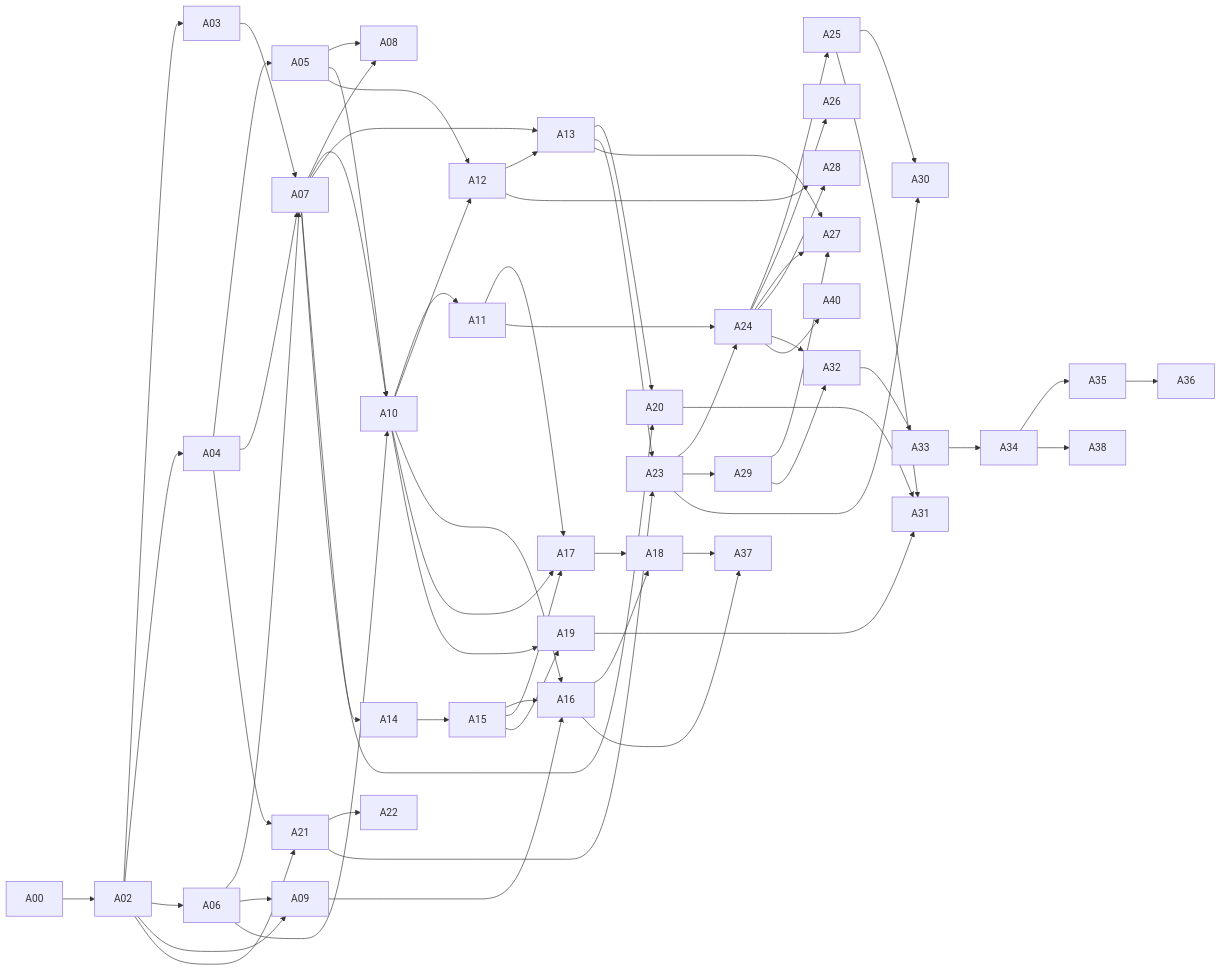
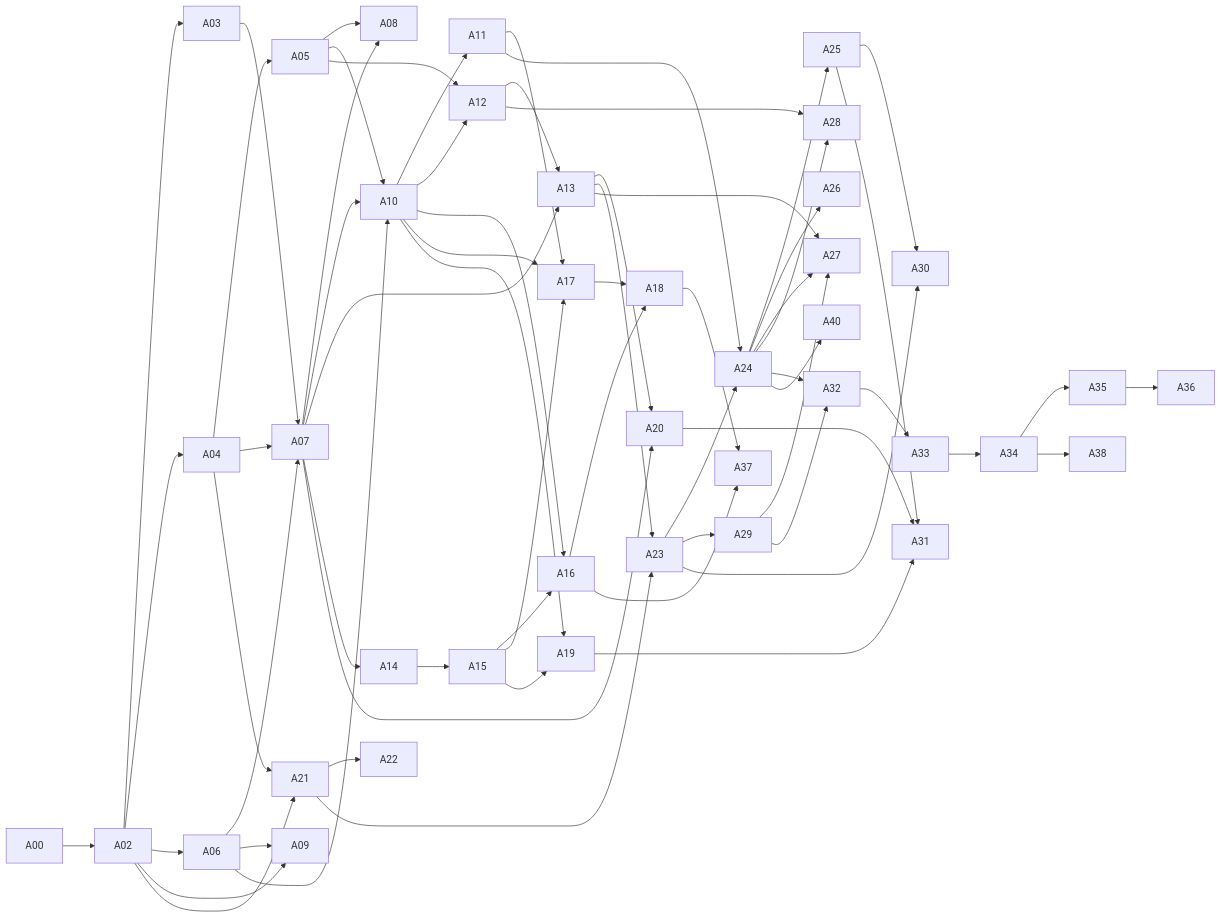
One commit to karasaid379-hue/mutalaa changed the diagram in docs/10-claude-code/04-asama-haritasi.md. Above: the diagram before and after it, drawn with Mermaid. The commit also changed other lines of this file and 29 other files, not shown here.

First line of the commit message:
docs(docs): align the plan, content and architecture docs with K-49

````diff
--- a/docs/10-claude-code/04-asama-haritasi.md
+++ b/docs/10-claude-code/04-asama-haritasi.md
@@ -58,64 +58,63 @@
 ```mermaid
 flowchart LR
   A00 --> A02
   A02 --> A03
   A02 --> A04 --> A05
   A02 --> A06
   A03 --> A07
   A04 --> A07
   A06 --> A07
   A05 --> A08
   A07 --> A08
   A02 --> A09
   A06 --> A09
   A05 --> A10
   A06 --> A10
   A07 --> A10
   A10 --> A11
   A10 --> A12
   A05 --> A12
   A07 --> A13
   A12 --> A13
   A07 --> A14 --> A15
-  A09 --> A16
   A10 --> A16
   A15 --> A16
   A10 --> A17
   A11 --> A17
   A15 --> A17
   A16 --> A18
   A17 --> A18
   A10 --> A19
   A15 --> A19
   A07 --> A20
   A13 --> A20
   A04 --> A21
   A02 --> A21
   A21 --> A22
   A21 --> A23
   A13 --> A23
   A23 --> A24
   A11 --> A24
   A24 --> A25
   A24 --> A26
   A24 --> A27
   A13 --> A27
   A29 --> A27
   A24 --> A28
   A12 --> A28
   A23 --> A29
   A23 --> A30
   A25 --> A30
   A25 --> A31
   A19 --> A31
   A20 --> A31
   A24 --> A32
   A29 --> A32
   A32 --> A33
   A33 --> A34
   A34 --> A35 --> A36
   A16 --> A37
   A18 --> A37
   A34 --> A38
   A24 --> A40
 ```
````
